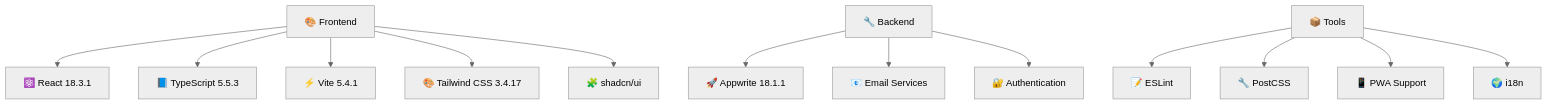
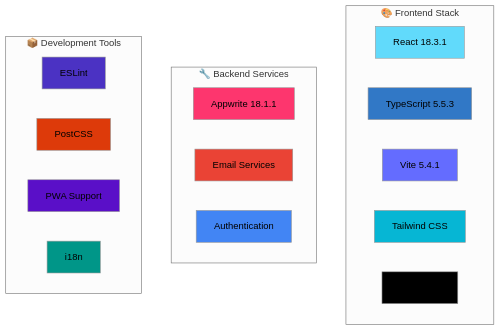
Before and after one commit to ansonlo-dev/LingUBible: the first of 2 diagrams in README.md, drawn with Mermaid (neutral theme). The commit also changed other lines of this file and 2 other files, not shown here.

````diff
--- a/README.md
+++ b/README.md
@@ -105,17 +124,36 @@
 ```mermaid
-graph TB
-    A[🎨 Frontend] --> B[⚛️ React 18.3.1]
-    A --> C[📘 TypeScript 5.5.3]
-    A --> D[⚡ Vite 5.4.1]
-    A --> E[🎨 Tailwind CSS 3.4.17]
-    A --> F[🧩 shadcn/ui]
+graph TD
+    subgraph "🎨 Frontend Stack"
+        A[React 18.3.1]
+        B[TypeScript 5.5.3]
+        C[Vite 5.4.1]
+        D[Tailwind CSS]
+        E[shadcn/ui]
+    end
     
-    G[🔧 Backend] --> H[🚀 Appwrite 18.1.1]
-    G --> I[📧 Email Services]
-    G --> J[🔐 Authentication]
+    subgraph "🔧 Backend Services"
+        F[Appwrite 18.1.1]
+        G[Email Services]
+        H[Authentication]
+    end
     
-    K[📦 Tools] --> L[📝 ESLint]
-    K --> M[🔧 PostCSS]
-    K --> N[📱 PWA Support]
-    K --> O[🌍 i18n]
+    subgraph "📦 Development Tools"
+        I[ESLint]
+        J[PostCSS]
+        K[PWA Support]
+        L[i18n]
+    end
+    
+    style A fill:#61dafb
+    style B fill:#3178c6
+    style C fill:#646cff
+    style D fill:#06b6d4
+    style E fill:#000000
+    style F fill:#fd366e
+    style G fill:#ea4335
+    style H fill:#4285f4
+    style I fill:#4b32c3
+    style J fill:#dd3a0a
+    style K fill:#5a0fc8
+    style L fill:#009688
 ```
````
